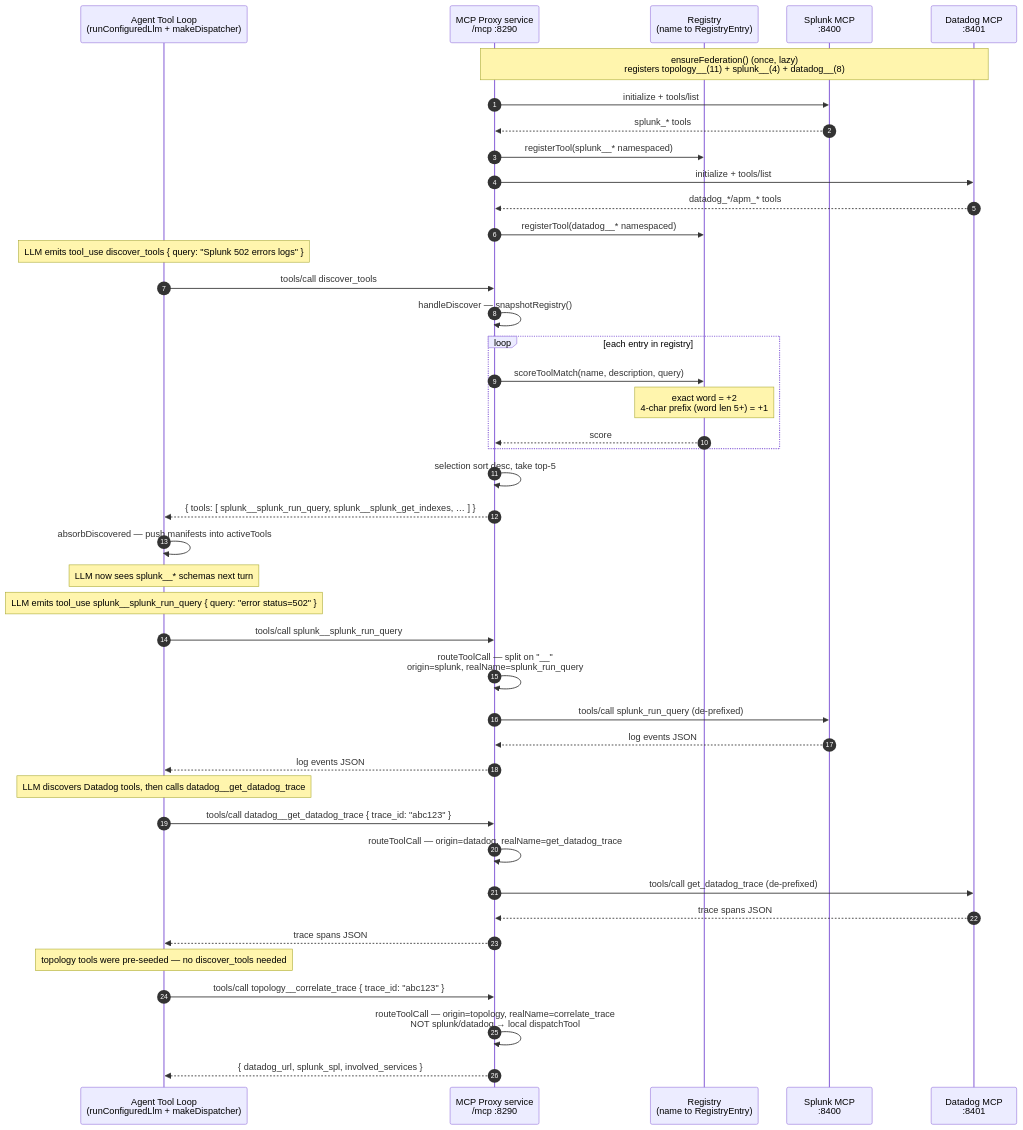
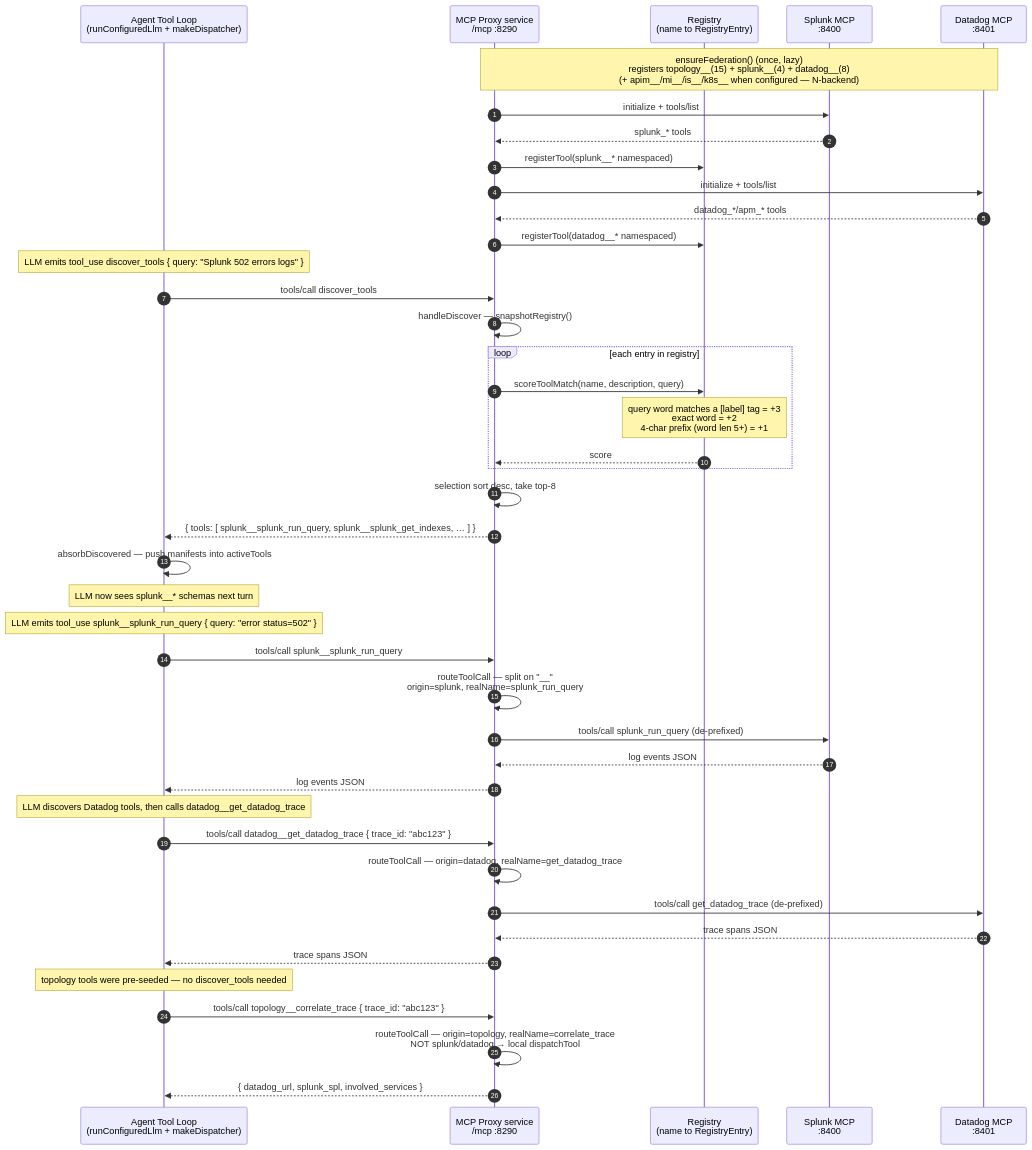
Before and after one commit to BechtelCanDoIt/DevOpsOverSightAgent: the diagram in MCP Best Practices Approach/architecture/sequence-tool-routing.md, drawn with Mermaid. The commit also changed other lines of this file and 75 other files, not shown here.

````diff
--- a/MCP Best Practices Approach/architecture/sequence-tool-routing.md
+++ b/MCP Best Practices Approach/architecture/sequence-tool-routing.md
@@ -9,54 +9,54 @@
 ```mermaid
 sequenceDiagram
     autonumber
     participant AgentLoop as Agent Tool Loop<br/>(runConfiguredLlm + makeDispatcher)
     participant Proxy as MCP Proxy service<br/>/mcp :8290
     participant Registry as Registry<br/>(name to RegistryEntry)
     participant SplunkMCP as Splunk MCP<br/>:8400
     participant DatadogMCP as Datadog MCP<br/>:8401
 
-    Note over Proxy,DatadogMCP: ensureFederation() (once, lazy)<br/>registers topology__(11) + splunk__(4) + datadog__(8)
+    Note over Proxy,DatadogMCP: ensureFederation() (once, lazy)<br/>registers topology__(15) + splunk__(4) + datadog__(8)<br/>(+ apim__/mi__/is__/k8s__ when configured — N-backend)
 
     Proxy->>SplunkMCP: initialize + tools/list
     SplunkMCP-->>Proxy: splunk_* tools
     Proxy->>Registry: registerTool(splunk__* namespaced)
     Proxy->>DatadogMCP: initialize + tools/list
     DatadogMCP-->>Proxy: datadog_*/apm_* tools
     Proxy->>Registry: registerTool(datadog__* namespaced)
 
     Note over AgentLoop: LLM emits tool_use discover_tools { query: "Splunk 502 errors logs" }
 
     AgentLoop->>Proxy: tools/call discover_tools
     Proxy->>Proxy: handleDiscover — snapshotRegistry()
     loop each entry in registry
         Proxy->>Registry: scoreToolMatch(name, description, query)
-        Note over Registry: exact word = +2<br/>4-char prefix (word len 5+) = +1
+        Note over Registry: query word matches a [label] tag = +3<br/>exact word = +2<br/>4-char prefix (word len 5+) = +1
         Registry-->>Proxy: score
     end
-    Proxy->>Proxy: selection sort desc, take top-5
+    Proxy->>Proxy: selection sort desc, take top-8
     Proxy-->>AgentLoop: { tools: [ splunk__splunk_run_query, splunk__splunk_get_indexes, … ] }
     AgentLoop->>AgentLoop: absorbDiscovered — push manifests into activeTools
     Note over AgentLoop: LLM now sees splunk__* schemas next turn
 
     Note over AgentLoop: LLM emits tool_use splunk__splunk_run_query { query: "error status=502" }
 
     AgentLoop->>Proxy: tools/call splunk__splunk_run_query
     Proxy->>Proxy: routeToolCall — split on "__"<br/>origin=splunk, realName=splunk_run_query
     Proxy->>SplunkMCP: tools/call splunk_run_query (de-prefixed)
     SplunkMCP-->>Proxy: log events JSON
     Proxy-->>AgentLoop: log events JSON
 
     Note over AgentLoop: LLM discovers Datadog tools, then calls datadog__get_datadog_trace
 
     AgentLoop->>Proxy: tools/call datadog__get_datadog_trace { trace_id: "abc123" }
     Proxy->>Proxy: routeToolCall — origin=datadog, realName=get_datadog_trace
     Proxy->>DatadogMCP: tools/call get_datadog_trace (de-prefixed)
     DatadogMCP-->>Proxy: trace spans JSON
     Proxy-->>AgentLoop: trace spans JSON
 
     Note over AgentLoop: topology tools were pre-seeded — no discover_tools needed
 
     AgentLoop->>Proxy: tools/call topology__correlate_trace { trace_id: "abc123" }
     Proxy->>Proxy: routeToolCall — origin=topology, realName=correlate_trace<br/>NOT splunk/datadog → local dispatchTool
     Proxy-->>AgentLoop: { datadog_url, splunk_spl, involved_services }
 ```
````
